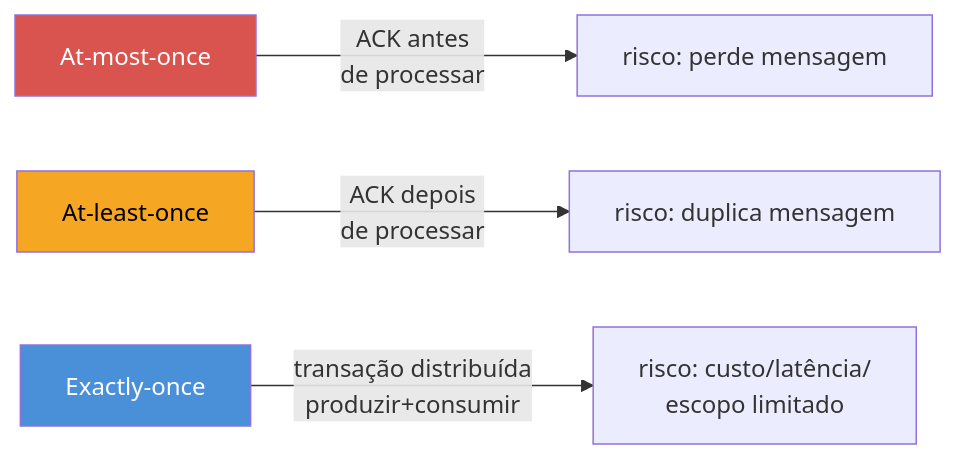
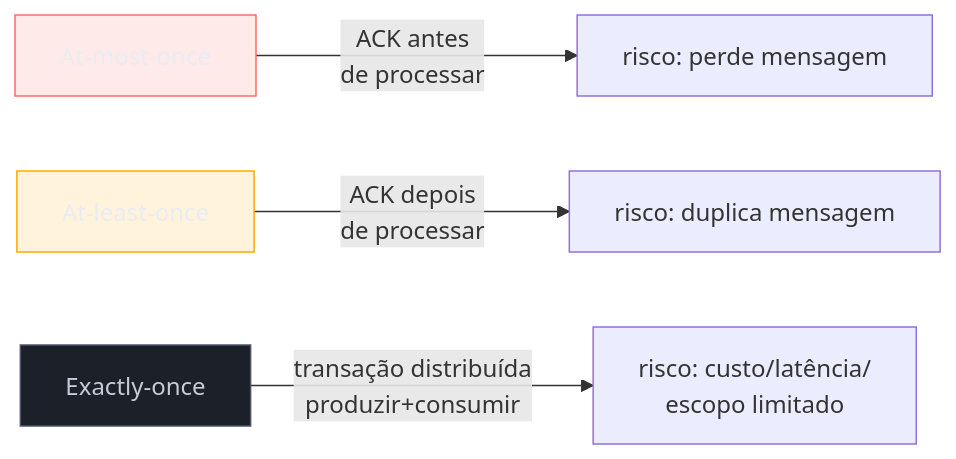
One commit to josenaldo/codex-technomanticus changed the first of 3 diagrams in 03-Dominios/Tecnologia/Go/13 - Mensageria/05 - Entrega e idempotência.md. Above: the diagram before and after it, drawn with Mermaid. The commit also changed other lines of this file and 1181 other files, not shown here.

First line of the commit message:
fix(diagramas): paleta do sistema no lugar de cor cravada no markdown

````diff
--- a/03-Dominios/Tecnologia/Go/13 - Mensageria/05 - Entrega e idempotência.md
+++ b/03-Dominios/Tecnologia/Go/13 - Mensageria/05 - Entrega e idempotência.md
@@ -45,10 +45,13 @@
 ```mermaid
 flowchart LR
+    classDef falha fill:#FF6B6B24,stroke:#FF6B6B,color:#E9ECF2
+    classDef destaque fill:#FFAA0024,stroke:#FFAA00,color:#E9ECF2
+    classDef neutro fill:#1B2029,stroke:#4E5666,color:#C6CCD8
     A[At-most-once] -->|"ACK antes\nde processar"| A2["risco: perde mensagem"]
     B[At-least-once] -->|"ACK depois\nde processar"| B2["risco: duplica mensagem"]
     C[Exactly-once] -->|"transação distribuída\nproduzir+consumir"| C2["risco: custo/latência/\nescopo limitado"]
 
-    style A fill:#D9534F,color:#fff
-    style B fill:#F5A623,color:#000
-    style C fill:#4A90D9,color:#fff
+    class A falha
+    class B destaque
+    class C neutro
 ```
````
